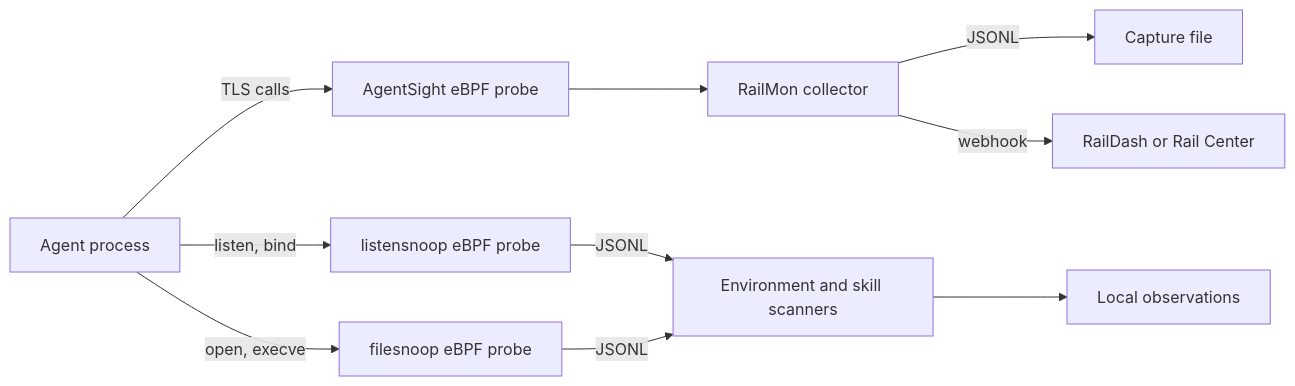
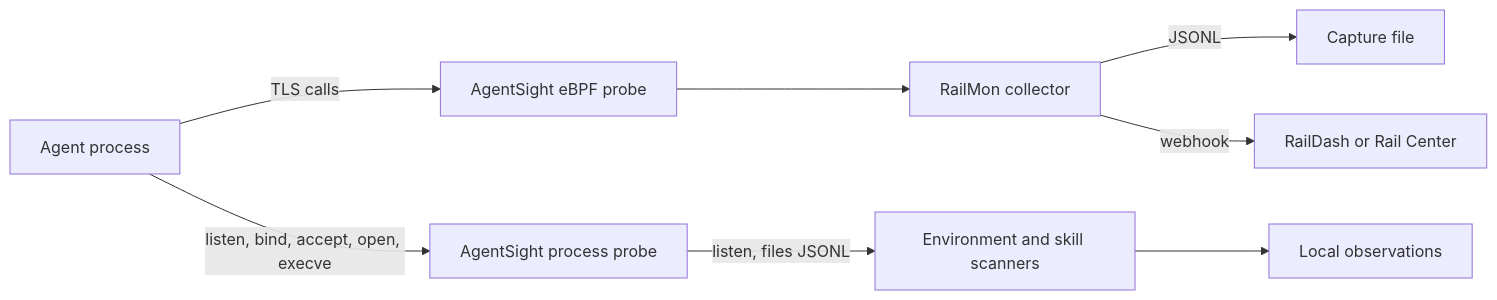
The diagram in README.md (datrail/railmon), drawn with Mermaid before and after one commit. The commit also changed other lines of this file and 26 other files, not shown here.

First line of the commit message:
DR-170: listen and files run AgentSight v1.0.35's process probe by default; rule pack 13 (#102)

````diff
--- a/README.md
+++ b/README.md
@@ -122,12 +119,10 @@
 ```mermaid
 flowchart LR
   agent[Agent process] -->|TLS calls| probe[AgentSight eBPF probe]
   probe --> collector[RailMon collector]
   scanner[Environment and skill scanners] --> output[Local observations]
-  agent -->|listen, bind| listen[listensnoop eBPF probe]
-  listen -->|JSONL| scanner
-  agent -->|open, execve| files[filesnoop eBPF probe]
-  files -->|JSONL| scanner
+  agent -->|listen, bind, accept, open, execve| process[AgentSight process probe]
+  process -->|listen, files JSONL| scanner
   collector -->|JSONL| file[Capture file]
   collector -->|webhook| dash[RailDash or Rail Center]
 ```
````
